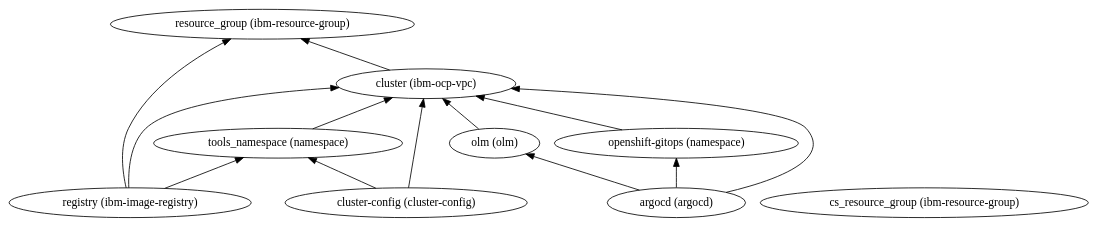
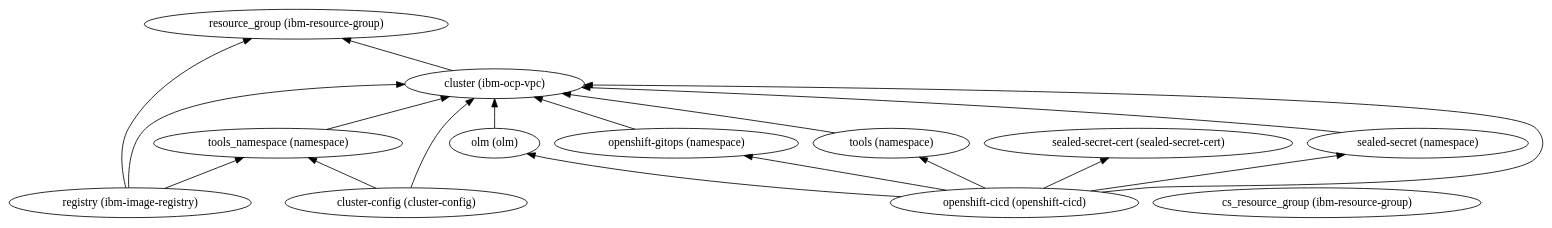
Before and after one commit to IBM/ibm-cloud-reference-architectures: the diagram in 165-ibm-fs-openshift-workload/dependencies.dot, drawn with Graphviz. The commit also changed 25 other files, not shown here.

```diff
--- a/165-ibm-fs-openshift-workload/dependencies.dot
+++ b/165-ibm-fs-openshift-workload/dependencies.dot
@@ -1,24 +1,32 @@
 digraph {
     rankdir="BT"
     "resource_group (ibm-resource-group)"
 "cs_resource_group (ibm-resource-group)"
 "cluster (ibm-ocp-vpc)" -> "resource_group (ibm-resource-group)"
 "cluster (ibm-ocp-vpc)"
 "tools_namespace (namespace)" -> "cluster (ibm-ocp-vpc)"
 "tools_namespace (namespace)"
-"argocd (argocd)" -> "cluster (ibm-ocp-vpc)"
-"argocd (argocd)" -> "olm (olm)"
-"argocd (argocd)" -> "openshift-gitops (namespace)"
-"argocd (argocd)"
-"olm (olm)" -> "cluster (ibm-ocp-vpc)"
-"olm (olm)"
-"openshift-gitops (namespace)" -> "cluster (ibm-ocp-vpc)"
-"openshift-gitops (namespace)"
 "cluster-config (cluster-config)" -> "cluster (ibm-ocp-vpc)"
 "cluster-config (cluster-config)" -> "tools_namespace (namespace)"
 "cluster-config (cluster-config)"
 "registry (ibm-image-registry)" -> "cluster (ibm-ocp-vpc)"
 "registry (ibm-image-registry)" -> "tools_namespace (namespace)"
 "registry (ibm-image-registry)" -> "resource_group (ibm-resource-group)"
 "registry (ibm-image-registry)"
+"openshift-cicd (openshift-cicd)" -> "cluster (ibm-ocp-vpc)"
+"openshift-cicd (openshift-cicd)" -> "olm (olm)"
+"openshift-cicd (openshift-cicd)" -> "openshift-gitops (namespace)"
+"openshift-cicd (openshift-cicd)" -> "tools (namespace)"
+"openshift-cicd (openshift-cicd)" -> "sealed-secret (namespace)"
+"openshift-cicd (openshift-cicd)" -> "sealed-secret-cert (sealed-secret-cert)"
+"openshift-cicd (openshift-cicd)"
+"olm (olm)" -> "cluster (ibm-ocp-vpc)"
+"olm (olm)"
+"openshift-gitops (namespace)" -> "cluster (ibm-ocp-vpc)"
+"openshift-gitops (namespace)"
+"tools (namespace)" -> "cluster (ibm-ocp-vpc)"
+"tools (namespace)"
+"sealed-secret (namespace)" -> "cluster (ibm-ocp-vpc)"
+"sealed-secret (namespace)"
+"sealed-secret-cert (sealed-secret-cert)"
   }
```
